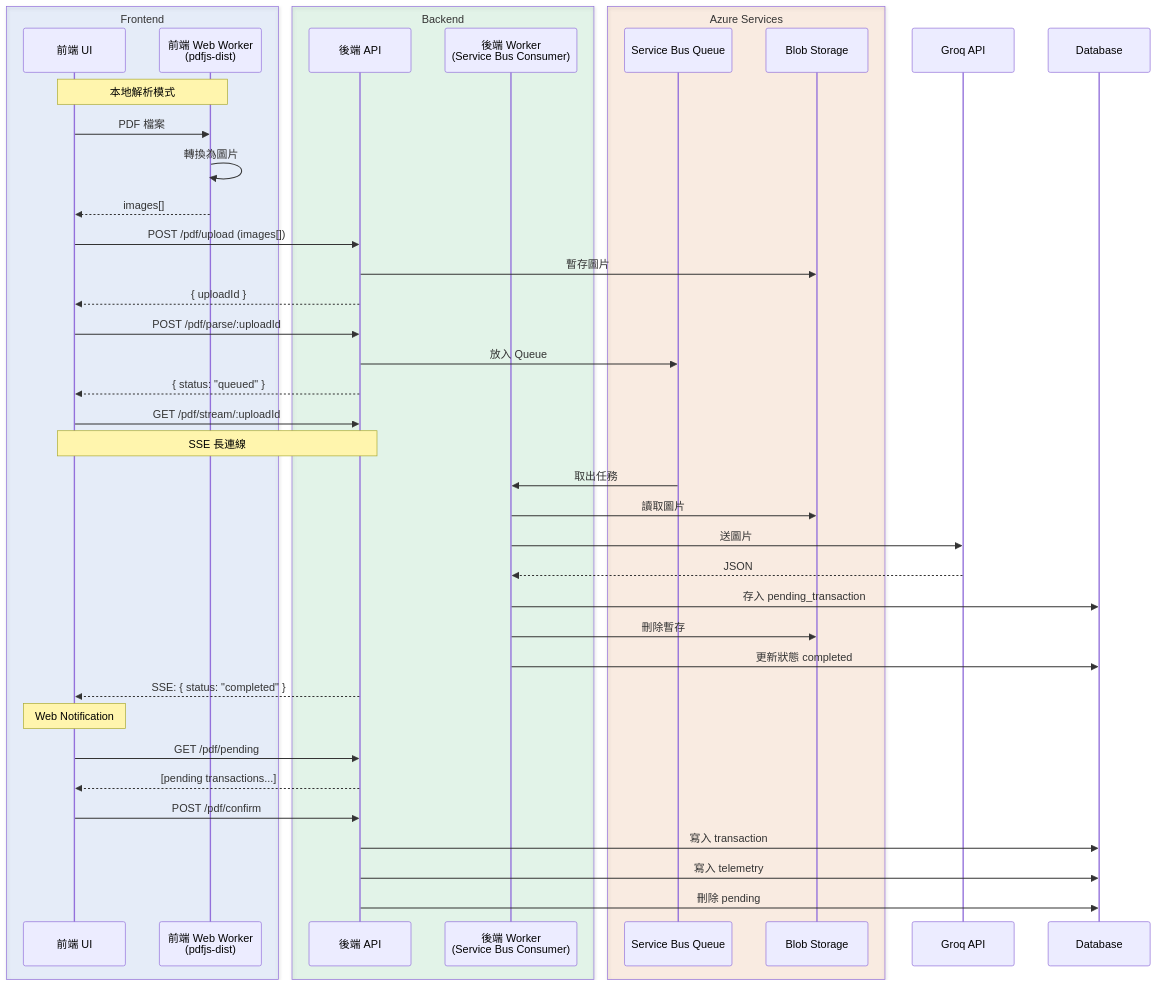
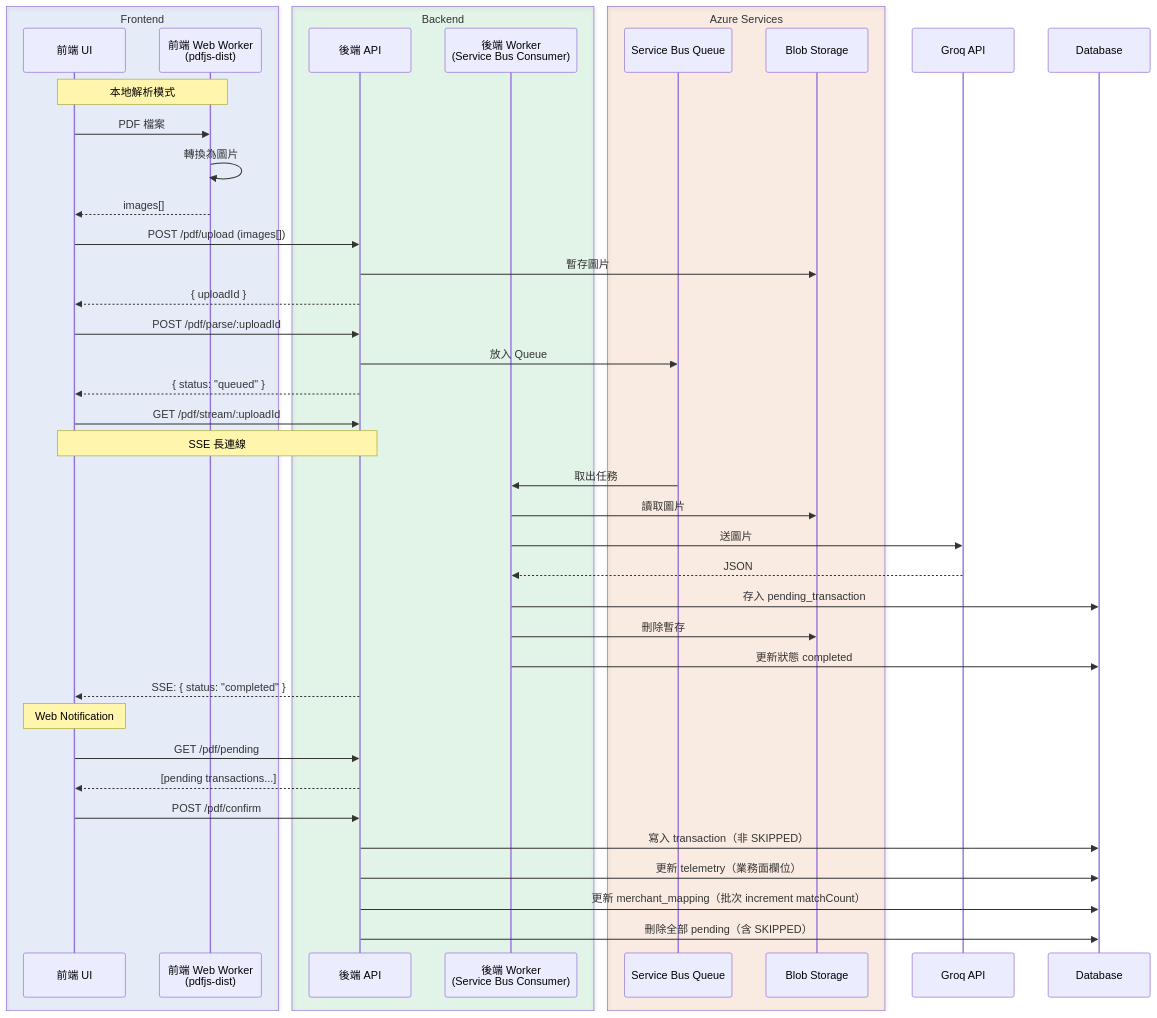
One commit to BardKidd/EasyAccounting changed the third of 4 diagrams in docs/specs/pdf-bill-analysis-rfc.md. Above: the diagram before and after it, drawn with Mermaid. The commit also changed other lines of this file and 5 other files, not shown here.

Commit message:
feat: 強化帳單解析服務，新增帳單時間預設值並優化批次確認交易的 MerchantMapping 更新邏輯。

````diff
--- a/docs/specs/pdf-bill-analysis-rfc.md
+++ b/docs/specs/pdf-bill-analysis-rfc.md
@@ -347,55 +362,56 @@
 ```mermaid
 sequenceDiagram
     box rgba(59, 130, 246, 0.1) Frontend
         participant U as 前端 UI
         participant FW as 前端 Web Worker<br/>(pdfjs-dist)
     end
 
     box rgba(34, 197, 94, 0.1) Backend
         participant B as 後端 API
         participant BW as 後端 Worker<br/>(Service Bus Consumer)
     end
 
     box rgba(249, 115, 22, 0.1) Azure Services
         participant Q as Service Bus Queue
         participant Blob as Blob Storage
     end
 
     participant AI as Groq API
     participant DB as Database
 
     Note over U,FW: 本地解析模式
     U->>FW: PDF 檔案
     FW->>FW: 轉換為圖片
     FW-->>U: images[]
 
     U->>B: POST /pdf/upload (images[])
     B->>Blob: 暫存圖片
     B-->>U: { uploadId }
 
     U->>B: POST /pdf/parse/:uploadId
     B->>Q: 放入 Queue
     B-->>U: { status: "queued" }
 
     U->>B: GET /pdf/stream/:uploadId
     Note over U,B: SSE 長連線
 
     Q->>BW: 取出任務
     BW->>Blob: 讀取圖片
     BW->>AI: 送圖片
     AI-->>BW: JSON
     BW->>DB: 存入 pending_transaction
     BW->>Blob: 刪除暫存
     BW->>DB: 更新狀態 completed
 
     B-->>U: SSE: { status: "completed" }
     Note over U: Web Notification
 
     U->>B: GET /pdf/pending
     B-->>U: [pending transactions...]
 
     U->>B: POST /pdf/confirm
-    B->>DB: 寫入 transaction
-    B->>DB: 寫入 telemetry
-    B->>DB: 刪除 pending
+    B->>DB: 寫入 transaction（非 SKIPPED）
+    B->>DB: 更新 telemetry（業務面欄位）
+    B->>DB: 更新 merchant_mapping（批次 increment matchCount）
+    B->>DB: 刪除全部 pending（含 SKIPPED）
 ```
````
